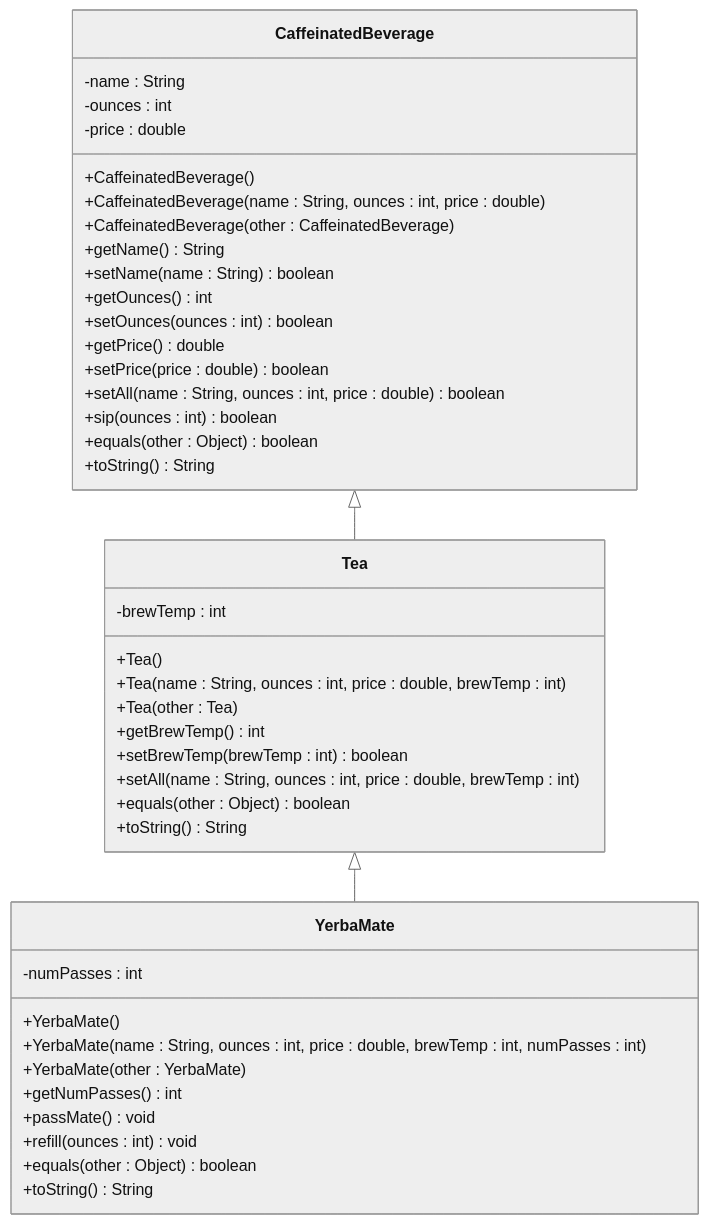
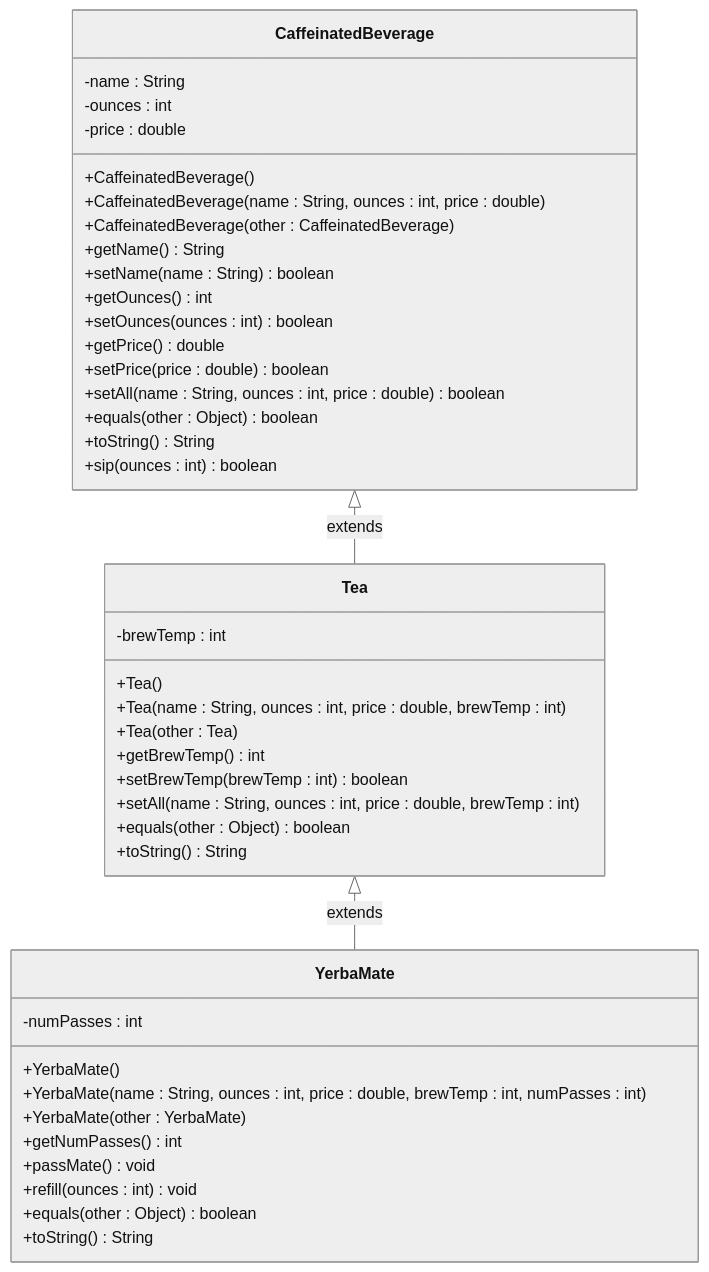
One commit to MiraCostaCS/CS112-L03-Yerba-Mate-Polymorphism changed the diagram in README.md. Above: the diagram before and after it, drawn with Mermaid (neutral theme).

Commit message:
Fix UML diagram and formatting in README
some mermaid uml cleanup

````diff
--- a/README.md
+++ b/README.md
@@ -9,53 +9,55 @@
 ```mermaid
 classDiagram
+    CaffeinatedBeverage <|-- Tea : extends
+    Tea <|-- YerbaMate : extends
+
     class CaffeinatedBeverage {
         -name : String
         -ounces : int
         -price : double
 
         +CaffeinatedBeverage()
         +CaffeinatedBeverage(name : String, ounces : int, price : double)
         +CaffeinatedBeverage(other : CaffeinatedBeverage)
+
         +getName() String
         +setName(name : String) boolean
         +getOunces() int
         +setOunces(ounces : int) boolean
         +getPrice() double
         +setPrice(price : double) boolean
 		+setAll(name : String, ounces : int, price : double) boolean
-		+sip(ounces : int) boolean
         +equals(other : Object) boolean
         +toString() String
+
+		+sip(ounces : int) boolean
     }
 
     class Tea {
         -brewTemp : int
 
         +Tea()
         +Tea(name : String, ounces : int, price : double, brewTemp : int)
         +Tea(other : Tea)
 
         +getBrewTemp() int
         +setBrewTemp(brewTemp : int) boolean
 		+setAll(name : String, ounces : int, price : double, brewTemp : int)
         +equals(other : Object) boolean
         +toString() String
     }
 
     class YerbaMate {
         -numPasses : int
 
         +YerbaMate()
         +YerbaMate(name : String, ounces : int, price : double, brewTemp : int, numPasses : int)
         +YerbaMate(other : YerbaMate)
 
         +getNumPasses() int
 		+passMate() void
 		+refill(ounces : int) void
         +equals(other : Object) boolean
         +toString() String
     }
-
-    CaffeinatedBeverage <|-- Tea
-    Tea <|-- YerbaMate
 ```
````
